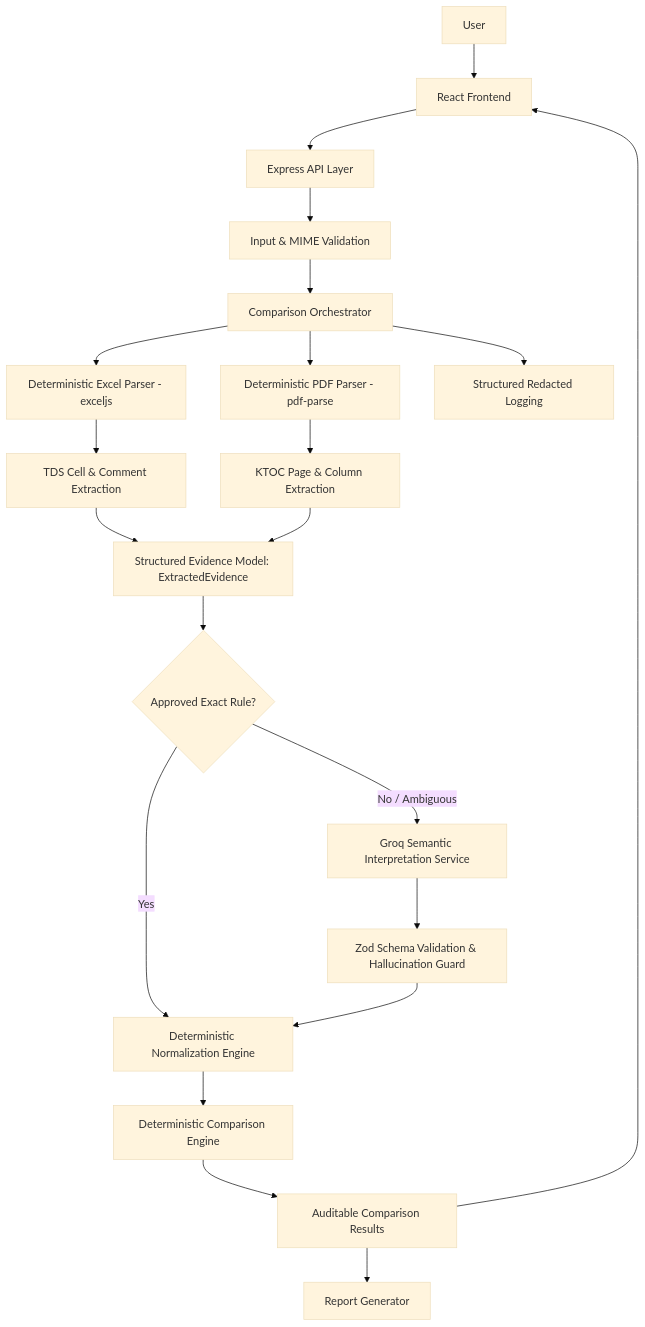
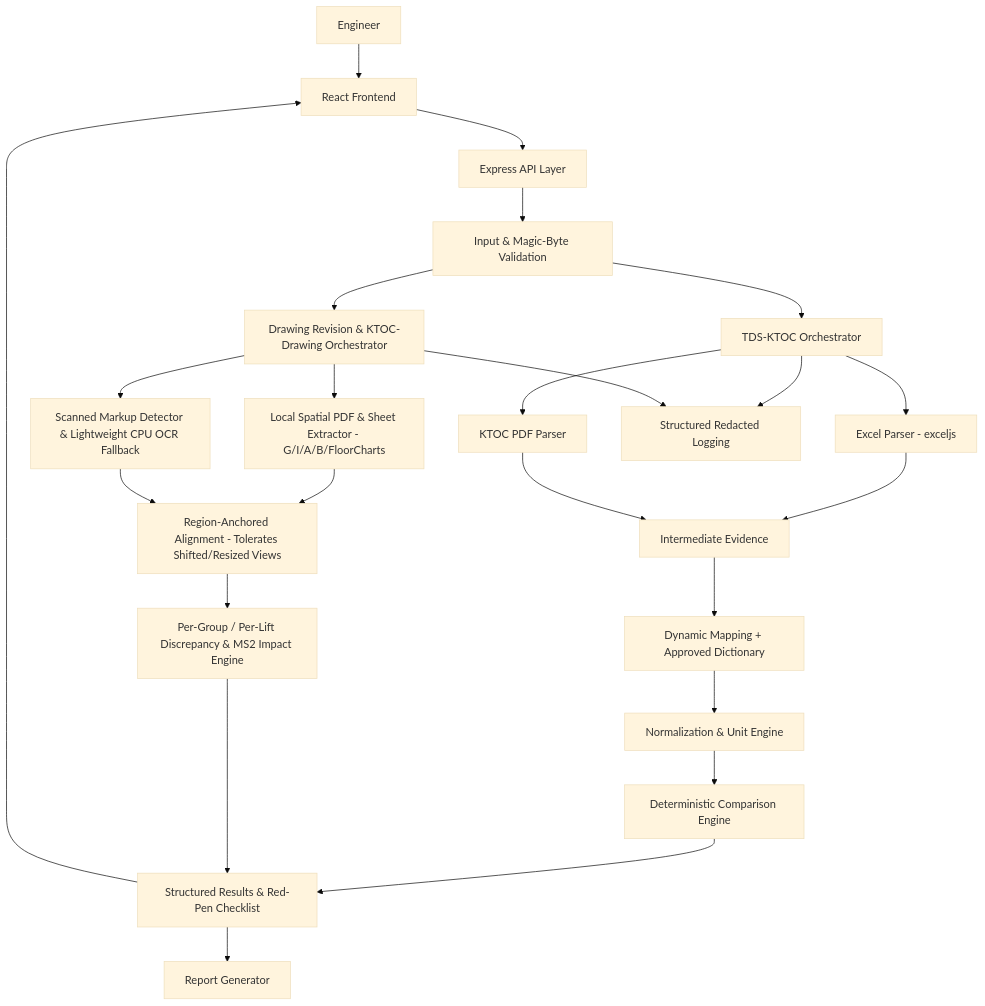
One commit to galadhruv16/KONE_Compliance_Tool changed the first of 2 diagrams in Docs/SYSTEM_DESIGN.md. Above: the diagram before and after it, drawn with Mermaid (base theme). The commit also changed other lines of this file and 14 other files, not shown here.

Commit message:
docs: align architecture to strictly offline local processing and add drawing/MS2 compliance workflows

````diff
--- a/Docs/SYSTEM_DESIGN.md
+++ b/Docs/SYSTEM_DESIGN.md
@@ -80,32 +80,29 @@
 ```mermaid
 flowchart TD
-    U[User] --> FE[React Frontend]
+    U[Engineer] --> FE[React Frontend]
+    FE --> API[Express API Layer]
+    API --> VAL[Input & Magic-Byte Validation]
 
-    FE --> API[Express API Layer]
+    VAL --> ORCH1[TDS-KTOC Orchestrator]
+    ORCH1 --> XP[Excel Parser - exceljs]
+    ORCH1 --> PP[KTOC PDF Parser]
+    XP --> IR[Intermediate Evidence]
+    PP --> IR
+    IR --> MAP[Dynamic Mapping + Approved Dictionary]
+    MAP --> NORM[Normalization & Unit Engine]
+    NORM --> COMP[Deterministic Comparison Engine]
 
-    API --> VAL[Input & MIME Validation]
-    VAL --> ORCH[Comparison Orchestrator]
+    VAL --> ORCH2[Drawing Revision & KTOC-Drawing Orchestrator]
+    ORCH2 --> SP[Local Spatial PDF & Sheet Extractor - G/I/A/B/FloorCharts]
+    ORCH2 --> SC[Scanned Markup Detector & Lightweight CPU OCR Fallback]
+    SP --> ALIGN[Region-Anchored Alignment - Tolerates Shifted/Resized Views]
+    SC --> ALIGN
+    ALIGN --> DIFF[Per-Group / Per-Lift Discrepancy & MS2 Impact Engine]
 
-    ORCH --> XP[Deterministic Excel Parser - exceljs]
-    ORCH --> PP[Deterministic PDF Parser - pdf-parse]
-
-    XP --> TE[TDS Cell & Comment Extraction]
-    PP --> KE[KTOC Page & Column Extraction]
-
-    TE --> IR[Structured Evidence Model: ExtractedEvidence]
-    KE --> IR
-
-    IR --> MAP_DEC{Approved Exact Rule?}
-    MAP_DEC -- Yes --> NORM[Deterministic Normalization Engine]
-    MAP_DEC -- No / Ambiguous --> GROQ[Groq Semantic Interpretation Service]
-    GROQ --> VLD[Zod Schema Validation & Hallucination Guard]
-    VLD --> NORM
-
-    NORM --> COMP[Deterministic Comparison Engine]
-    COMP --> RES[Auditable Comparison Results]
-
+    COMP --> RES[Structured Results & Red-Pen Checklist]
+    DIFF --> RES
     RES --> FE
     RES --> REP[Report Generator]
-
-    ORCH --> LOG[Structured Redacted Logging]
+    ORCH1 --> LOG[Structured Redacted Logging]
+    ORCH2 --> LOG
 ```
````
